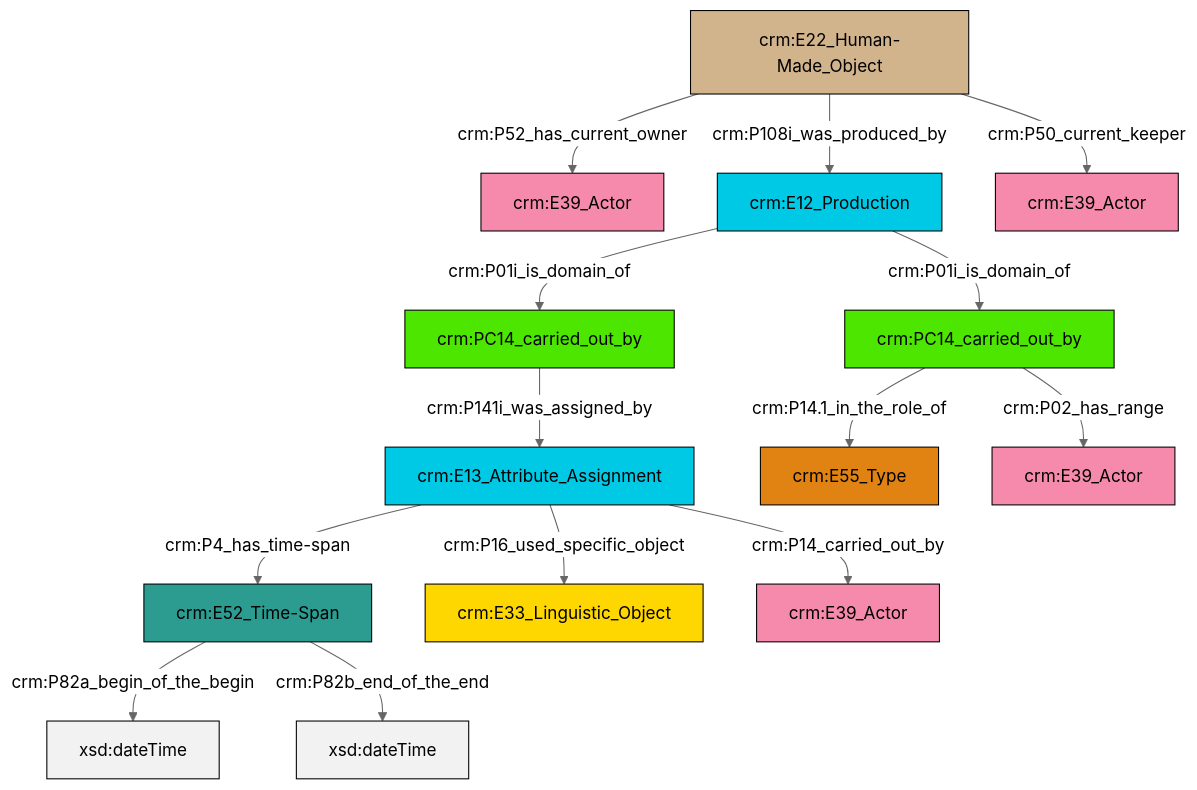
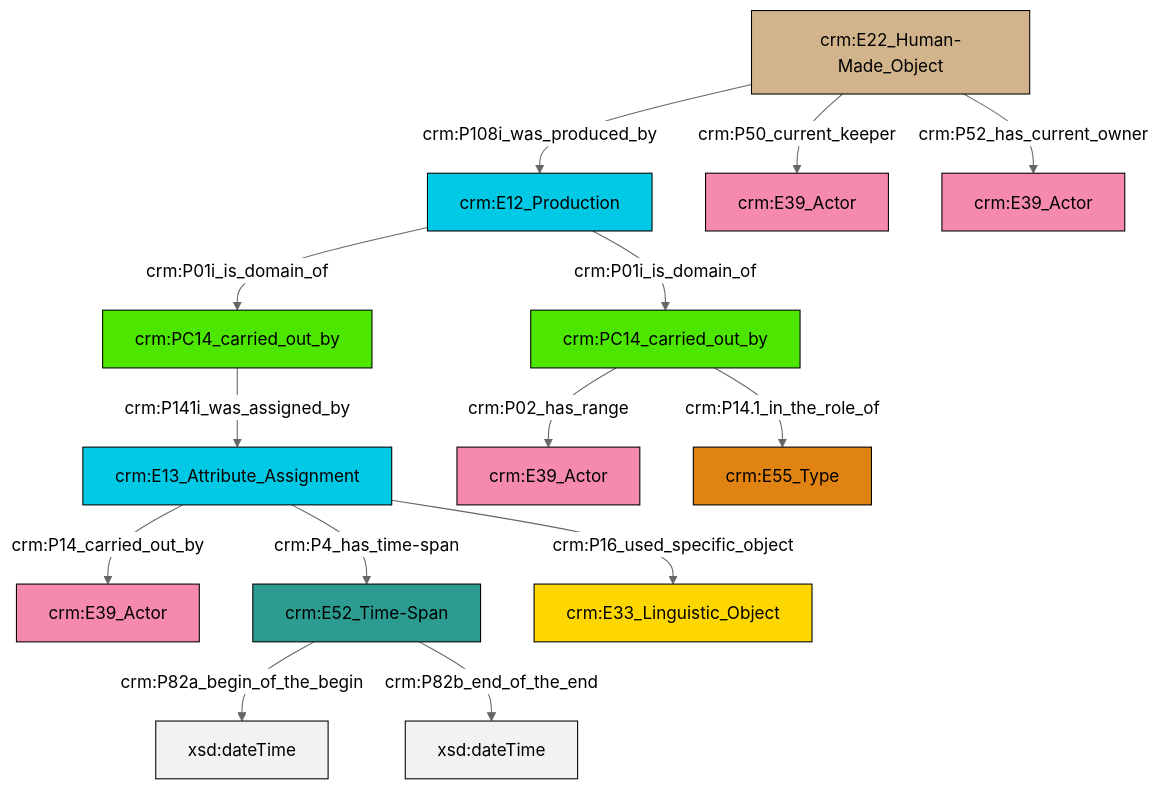
The diagram in et/carrierCSV/ttl/mmd/carrier_relations.ttl.mmd (swiss-art-research-net/docs.swissartresearch), drawn with Mermaid (neutral theme) before and after one commit. The commit also changed 180 other files, not shown here.

```diff
--- a/et/carrierCSV/ttl/mmd/carrier_relations.ttl.mmd
+++ b/et/carrierCSV/ttl/mmd/carrier_relations.ttl.mmd
@@ -1,28 +1,28 @@
 graph TD
 classDef Literal fill:#f2f2f2,stroke:#000000;
 classDef CRM_Entity fill:#FFFFFF,stroke:#000000;
 classDef Temporal_Entity fill:#00C9E6, stroke:#000000;
 classDef Type fill:#E18312, stroke:#000000;
 classDef Time-Span fill:#2C9C91, stroke:#000000;
 classDef Appellation fill:#FFEB7F, stroke:#000000;
 classDef Place fill:#008836, stroke:#000000;
 classDef Persistent_Item fill:#B266B2, stroke:#000000;
 classDef Conceptual_Object fill:#FFD700, stroke:#000000;
 classDef Physical_Thing fill:#D2B48C, stroke:#000000;
 classDef Actor fill:#f58aad, stroke:#000000;
 classDef PC_Classes fill:#4ce600, stroke:#000000;
 classDef Multi fill:#cccccc,stroke:#000000;
 
-2["crm:E52_Time-Span"]:::Time-Span -->|crm:P82a_begin_of_the_begin| 6[xsd:dateTime]:::Literal
-9["crm:E12_Production"]:::Temporal_Entity -->|crm:P01i_is_domain_of| 11["crm:PC14_carried_out_by"]:::PC_Classes
-14["crm:E22_Human-Made_Object"]:::Physical_Thing -->|crm:P108i_was_produced_by| 9["crm:E12_Production"]:::Temporal_Entity
-15["crm:PC14_carried_out_by"]:::PC_Classes -->|crm:P14.1_in_the_role_of| 16["crm:E55_Type"]:::Type
-12["crm:E13_Attribute_Assignment"]:::Temporal_Entity -->|crm:P16_used_specific_object| 4["crm:E33_Linguistic_Object"]:::Conceptual_Object
-12["crm:E13_Attribute_Assignment"]:::Temporal_Entity -->|crm:P14_carried_out_by| 7["crm:E39_Actor"]:::Actor
-12["crm:E13_Attribute_Assignment"]:::Temporal_Entity -->|crm:P4_has_time-span| 2["crm:E52_Time-Span"]:::Time-Span
-15["crm:PC14_carried_out_by"]:::PC_Classes -->|crm:P02_has_range| 17["crm:E39_Actor"]:::Actor
-2["crm:E52_Time-Span"]:::Time-Span -->|crm:P82b_end_of_the_end| 18[xsd:dateTime]:::Literal
-14["crm:E22_Human-Made_Object"]:::Physical_Thing -->|crm:P52_has_current_owner| 0["crm:E39_Actor"]:::Actor
-11["crm:PC14_carried_out_by"]:::PC_Classes -->|crm:P141i_was_assigned_by| 12["crm:E13_Attribute_Assignment"]:::Temporal_Entity
-14["crm:E22_Human-Made_Object"]:::Physical_Thing -->|crm:P50_current_keeper| 22["crm:E39_Actor"]:::Actor
-9["crm:E12_Production"]:::Temporal_Entity -->|crm:P01i_is_domain_of| 15["crm:PC14_carried_out_by"]:::PC_Classes
+0["crm:PC14_carried_out_by"]:::PC_Classes -->|crm:P141i_was_assigned_by| 1["crm:E13_Attribute_Assignment"]:::Temporal_Entity
+2["crm:E22_Human-Made_Object"]:::Physical_Thing -->|crm:P108i_was_produced_by| 3["crm:E12_Production"]:::Temporal_Entity
+1["crm:E13_Attribute_Assignment"]:::Temporal_Entity -->|crm:P14_carried_out_by| 4["crm:E39_Actor"]:::Actor
+2["crm:E22_Human-Made_Object"]:::Physical_Thing -->|crm:P50_current_keeper| 9["crm:E39_Actor"]:::Actor
+7["crm:E52_Time-Span"]:::Time-Span -->|crm:P82a_begin_of_the_begin| 11[xsd:dateTime]:::Literal
+2["crm:E22_Human-Made_Object"]:::Physical_Thing -->|crm:P52_has_current_owner| 12["crm:E39_Actor"]:::Actor
+1["crm:E13_Attribute_Assignment"]:::Temporal_Entity -->|crm:P16_used_specific_object| 14["crm:E33_Linguistic_Object"]:::Conceptual_Object
+3["crm:E12_Production"]:::Temporal_Entity -->|crm:P01i_is_domain_of| 5["crm:PC14_carried_out_by"]:::PC_Classes
+5["crm:PC14_carried_out_by"]:::PC_Classes -->|crm:P14.1_in_the_role_of| 21["crm:E55_Type"]:::Type
+5["crm:PC14_carried_out_by"]:::PC_Classes -->|crm:P02_has_range| 18["crm:E39_Actor"]:::Actor
+1["crm:E13_Attribute_Assignment"]:::Temporal_Entity -->|crm:P4_has_time-span| 7["crm:E52_Time-Span"]:::Time-Span
+7["crm:E52_Time-Span"]:::Time-Span -->|crm:P82b_end_of_the_end| 23[xsd:dateTime]:::Literal
+3["crm:E12_Production"]:::Temporal_Entity -->|crm:P01i_is_domain_of| 0["crm:PC14_carried_out_by"]:::PC_Classes
```
